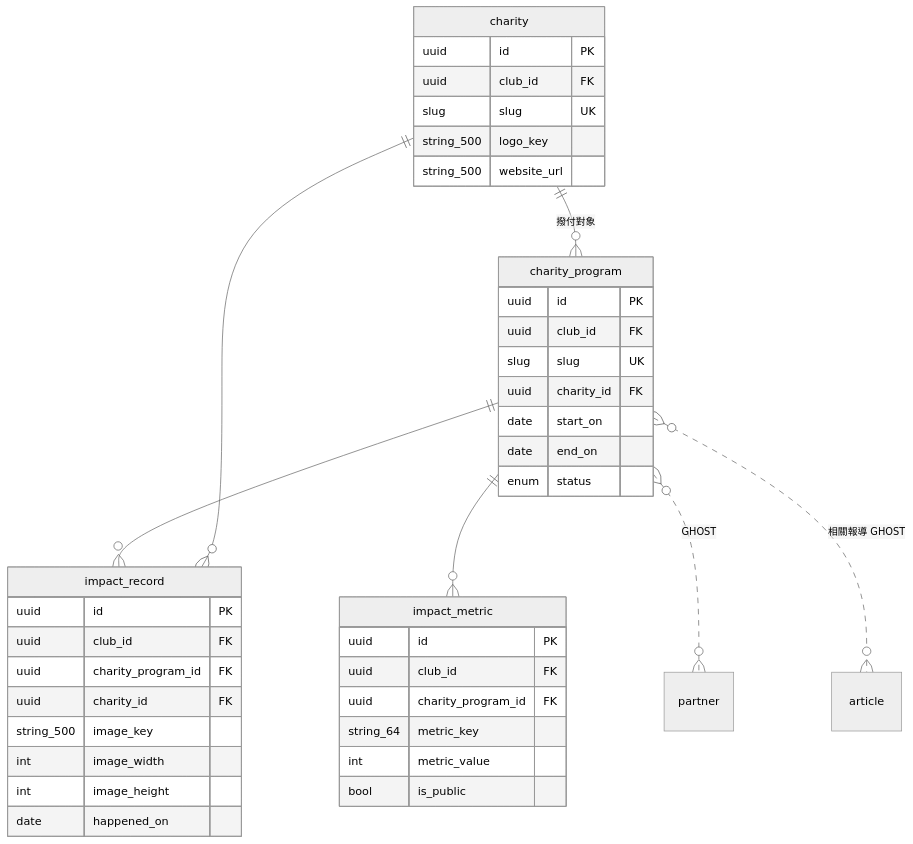
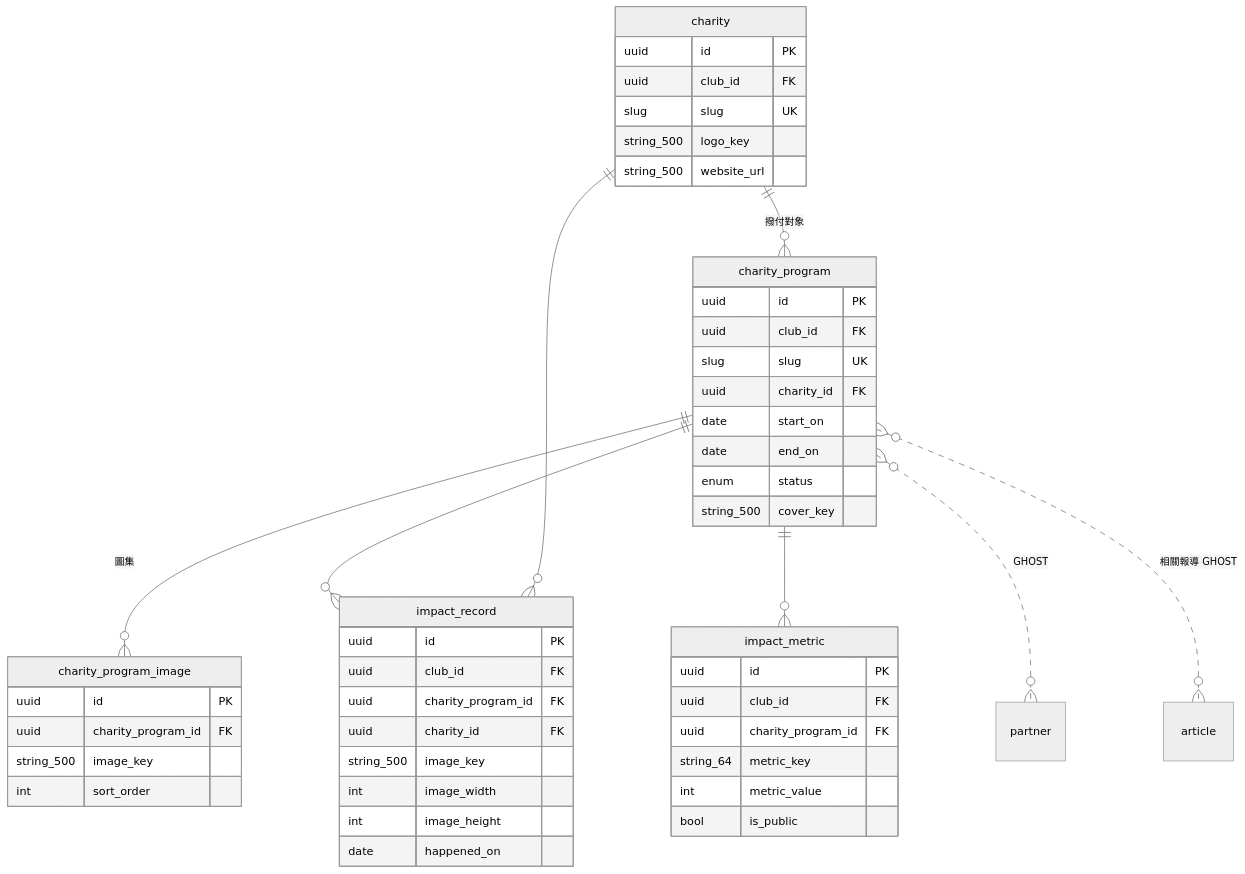
Before and after one commit to waiting0201/tcrfc: diagram 13 of 15 in docs/12a-database-erd.md, drawn with Mermaid (neutral theme). The commit also changed other lines of this file and 3 other files, not shown here.

First line of the commit message:
feat: ERD 圖片欄位盤點完成（S0-4b），表數 103 → 104

````diff
--- a/docs/12a-database-erd.md
+++ b/docs/12a-database-erd.md
@@ -926,43 +931,51 @@
 ```mermaid
 erDiagram
   charity ||--o{ charity_program : "撥付對象"
+  charity_program ||--o{ charity_program_image : "圖集"
   charity_program ||--o{ impact_record : ""
   charity ||--o{ impact_record : ""
   charity_program ||--o{ impact_metric : ""
   charity_program }o..o{ partner : "GHOST"
   charity_program }o..o{ article : "相關報導 GHOST"
   charity {
     uuid id PK
     uuid club_id FK
     slug slug UK
     string_500 logo_key
     string_500 website_url
   }
+  charity_program_image {
+    uuid id PK
+    uuid charity_program_id FK
+    string_500 image_key
+    int sort_order
+  }
   charity_program {
     uuid id PK
     uuid club_id FK
     slug slug UK
     uuid charity_id FK
     date start_on
     date end_on
     enum status
+    string_500 cover_key
   }
   impact_record {
     uuid id PK
     uuid club_id FK
     uuid charity_program_id FK
     uuid charity_id FK
     string_500 image_key
     int image_width
     int image_height
     date happened_on
   }
   impact_metric {
     uuid id PK
     uuid club_id FK
     uuid charity_program_id FK
     string_64 metric_key
     int metric_value
     bool is_public
   }
 ```
````
